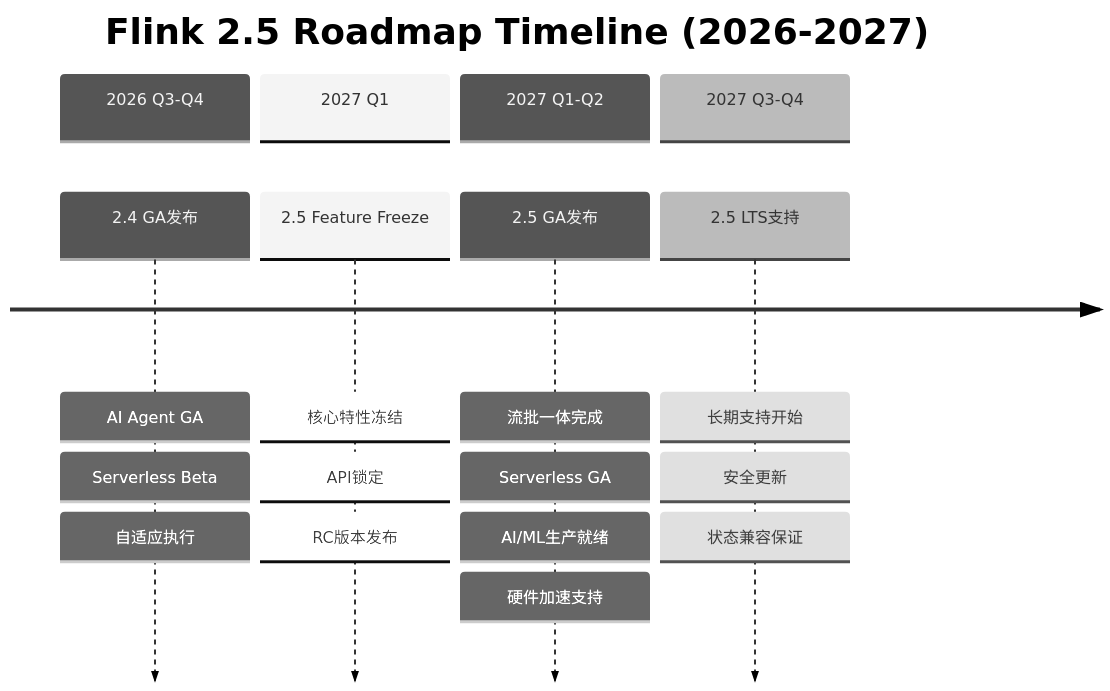
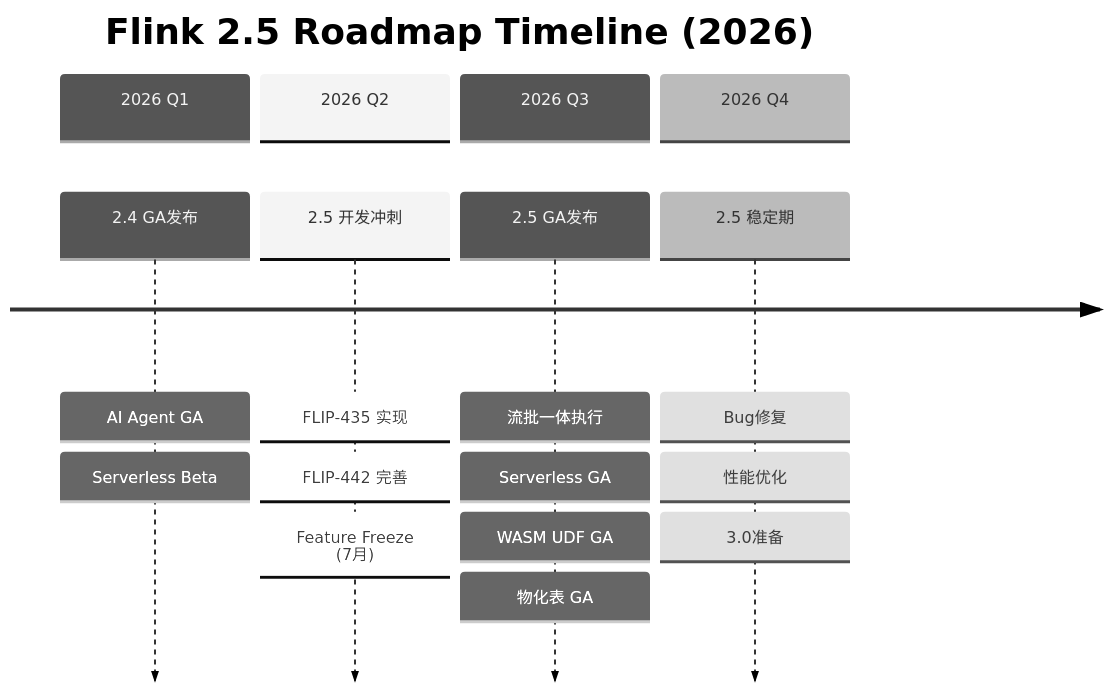
The third of 6 diagrams in Flink/08-roadmap/08.01-flink-24/flink-2.5-preview.md (AdaMartin18010/AnalysisDataFlow), drawn with Mermaid (neutral theme) before and after one commit. The commit also changed other lines of this file and 28 other files, not shown here.

````diff
--- a/Flink/08-roadmap/08.01-flink-24/flink-2.5-preview.md
+++ b/Flink/08-roadmap/08.01-flink-24/flink-2.5-preview.md
@@ -614,25 +537,24 @@
 ```mermaid
 timeline
-    title Flink 2.5 Roadmap Timeline (2026-2027)
+    title Flink 2.5 Roadmap Timeline (2026)
 
-    section 2026 Q3-Q4
+    section 2026 Q1
         2.4 GA发布 : AI Agent GA
                    : Serverless Beta
-                   : 自适应执行
 
-    section 2027 Q1
-        2.5 Feature Freeze : 核心特性冻结
-                           : API锁定
-                           : RC版本发布
+    section 2026 Q2
+        2.5 开发冲刺 : FLIP-435 实现
+                     : FLIP-442 完善
+                     : Feature Freeze (7月)
 
-    section 2027 Q1-Q2
-        2.5 GA发布 : 流批一体完成
+    section 2026 Q3
+        2.5 GA发布 : 流批一体执行
                    : Serverless GA
-                   : AI/ML生产就绪
-                   : 硬件加速支持
+                   : WASM UDF GA
+                   : 物化表 GA
 
-    section 2027 Q3-Q4
-        2.5 LTS支持 : 长期支持开始
-                    : 安全更新
-                    : 状态兼容保证
+    section 2026 Q4
+        2.5 稳定期 : Bug修复
+                   : 性能优化
+                   : 3.0准备
 ```
````
